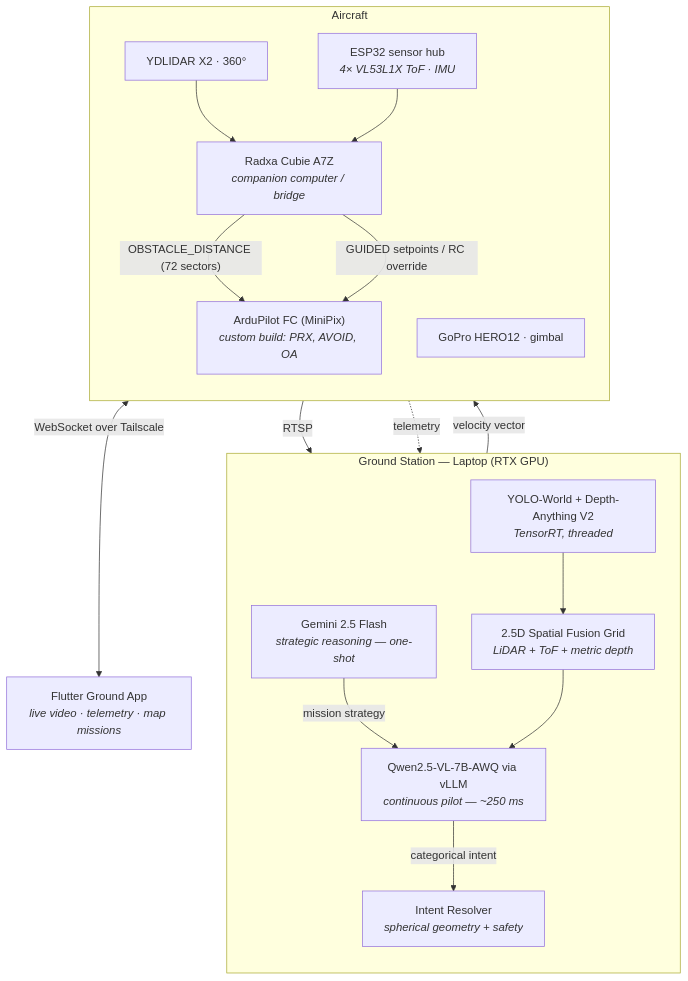
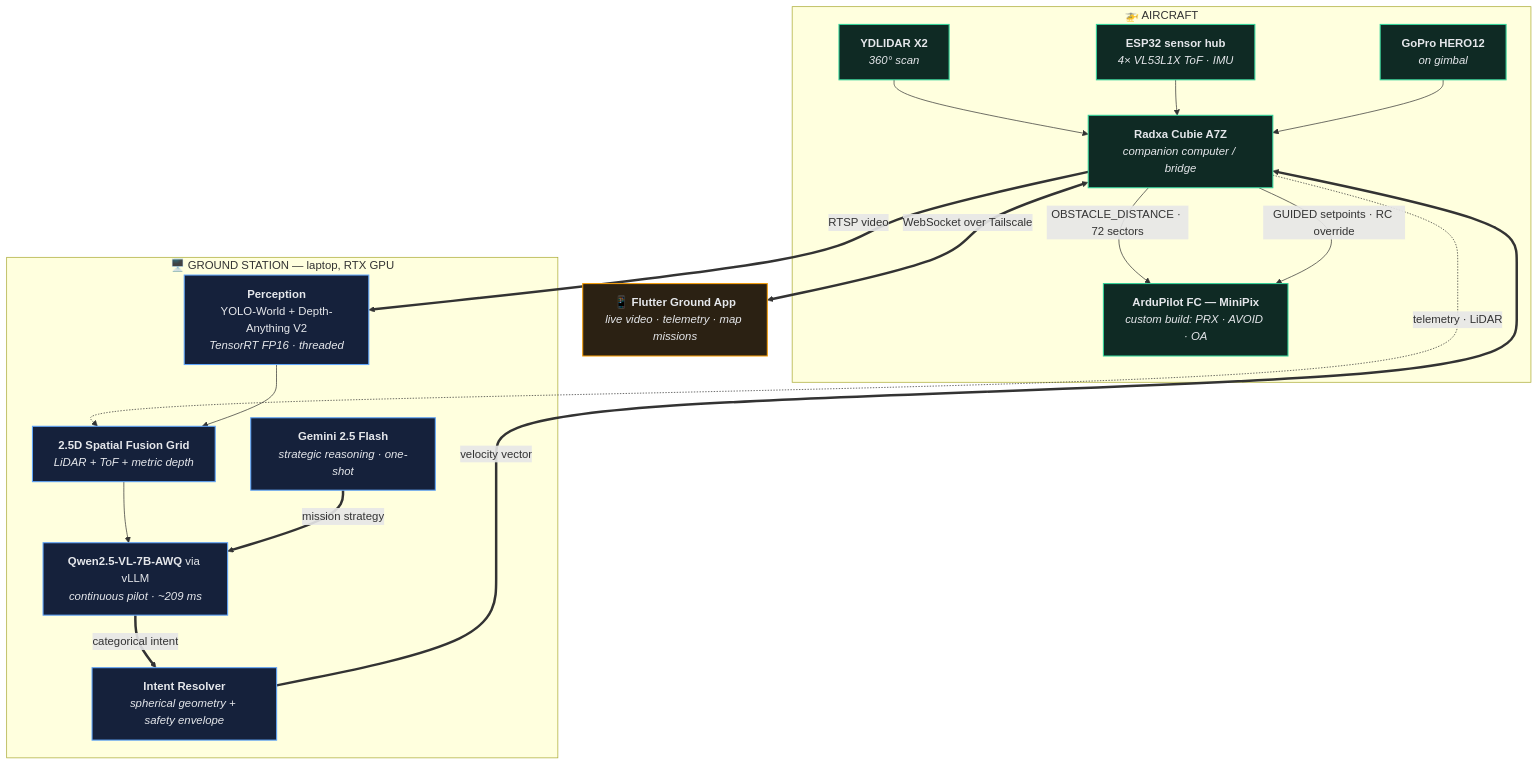
The diagram in README.md (Shreyasnu7/Autonomous-AI-Drone), drawn with Mermaid before and after one commit. The commit also changed other lines of this file and 3 other files, not shown here.

First line of the commit message:
fix: route all mission uploads through one verified handshake uploader

````diff
--- a/README.md
+++ b/README.md
@@ -103,35 +103,39 @@
 ```mermaid
 flowchart TB
-    subgraph GROUND["Ground Station — Laptop (RTX GPU)"]
-        direction TB
-        G1["Gemini 2.5 Flash<br/><i>strategic reasoning — one-shot</i>"]
-        G2["Qwen2.5-VL-7B-AWQ via vLLM<br/><i>continuous pilot — ~250 ms</i>"]
-        G3["YOLO-World + Depth-Anything V2<br/><i>TensorRT, threaded</i>"]
-        G4["Intent Resolver<br/><i>spherical geometry + safety</i>"]
-        G5["2.5D Spatial Fusion Grid<br/><i>LiDAR + ToF + metric depth</i>"]
+    subgraph AIR["🚁 AIRCRAFT"]
+        B3["<b>YDLIDAR X2</b><br/><i>360° scan</i>"]
+        B5["<b>ESP32 sensor hub</b><br/><i>4× VL53L1X ToF · IMU</i>"]
+        B4["<b>GoPro HERO12</b><br/><i>on gimbal</i>"]
+        B1["<b>Radxa Cubie A7Z</b><br/><i>companion computer / bridge</i>"]
+        B2["<b>ArduPilot FC — MiniPix</b><br/><i>custom build: PRX · AVOID · OA</i>"]
     end
 
-    subgraph AIR["Aircraft"]
-        direction TB
-        B1["Radxa Cubie A7Z<br/><i>companion computer / bridge</i>"]
-        B2["ArduPilot FC (MiniPix)<br/><i>custom build: PRX, AVOID, OA</i>"]
-        B3["YDLIDAR X2 · 360°"]
-        B4["GoPro HERO12 · gimbal"]
-        B5["ESP32 sensor hub<br/><i>4× VL53L1X ToF · IMU</i>"]
+    subgraph GROUND["🖥️ GROUND STATION — laptop, RTX GPU"]
+        G3["<b>Perception</b><br/>YOLO-World + Depth-Anything V2<br/><i>TensorRT FP16 · threaded</i>"]
+        G5["<b>2.5D Spatial Fusion Grid</b><br/><i>LiDAR + ToF + metric depth</i>"]
+        G1["<b>Gemini 2.5 Flash</b><br/><i>strategic reasoning · one-shot</i>"]
+        G2["<b>Qwen2.5-VL-7B-AWQ</b> via vLLM<br/><i>continuous pilot · ~209 ms</i>"]
+        G4["<b>Intent Resolver</b><br/><i>spherical geometry + safety envelope</i>"]
     end
 
-    APP["Flutter Ground App<br/><i>live video · telemetry · map missions</i>"]
-
-    G1 -->|mission strategy| G2
+    B3 --> B1
+    B5 --> B1
+    B4 --> B1
+    B1 == "RTSP video" ==> G3
+    B1 -. "telemetry · LiDAR" .-> G5
     G3 --> G5
     G5 --> G2
-    G2 -->|categorical intent| G4
-    G4 -->|velocity vector| B1
-    B3 --> B1
-    B5 --> B1
-    B1 -->|"OBSTACLE_DISTANCE (72 sectors)"| B2
-    B1 -->|"GUIDED setpoints / RC override"| B2
-    B4 -->|RTSP| G3
-    B1 <-->|WebSocket over Tailscale| APP
-    B1 -.->|telemetry| G5
+    G1 == "mission strategy" ==> G2
+    G2 == "categorical intent" ==> G4
+    G4 == "velocity vector" ==> B1
+    B1 -- "OBSTACLE_DISTANCE · 72 sectors" --> B2
+    B1 -- "GUIDED setpoints · RC override" --> B2
+    B1 <== "WebSocket over Tailscale" ==> APP["📱 <b>Flutter Ground App</b><br/><i>live video · telemetry · map missions</i>"]
+
+    classDef air fill:#0f2a24,stroke:#34d399,stroke-width:1.5px,color:#e5e7eb
+    classDef gnd fill:#15213b,stroke:#60a5fa,stroke-width:1.5px,color:#e5e7eb
+    classDef app fill:#2b2113,stroke:#f59e0b,stroke-width:1.5px,color:#e5e7eb
+    class B1,B2,B3,B4,B5 air
+    class G1,G2,G3,G4,G5 gnd
+    class APP app
 ```
````
